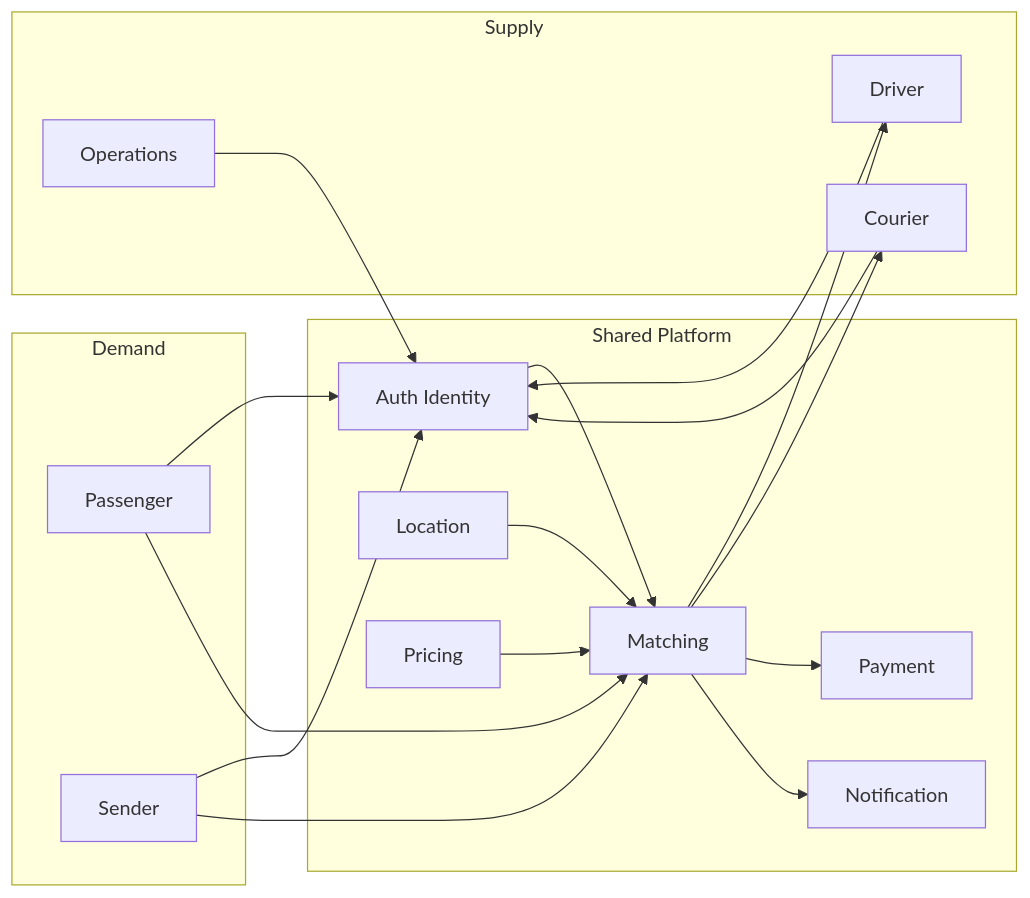
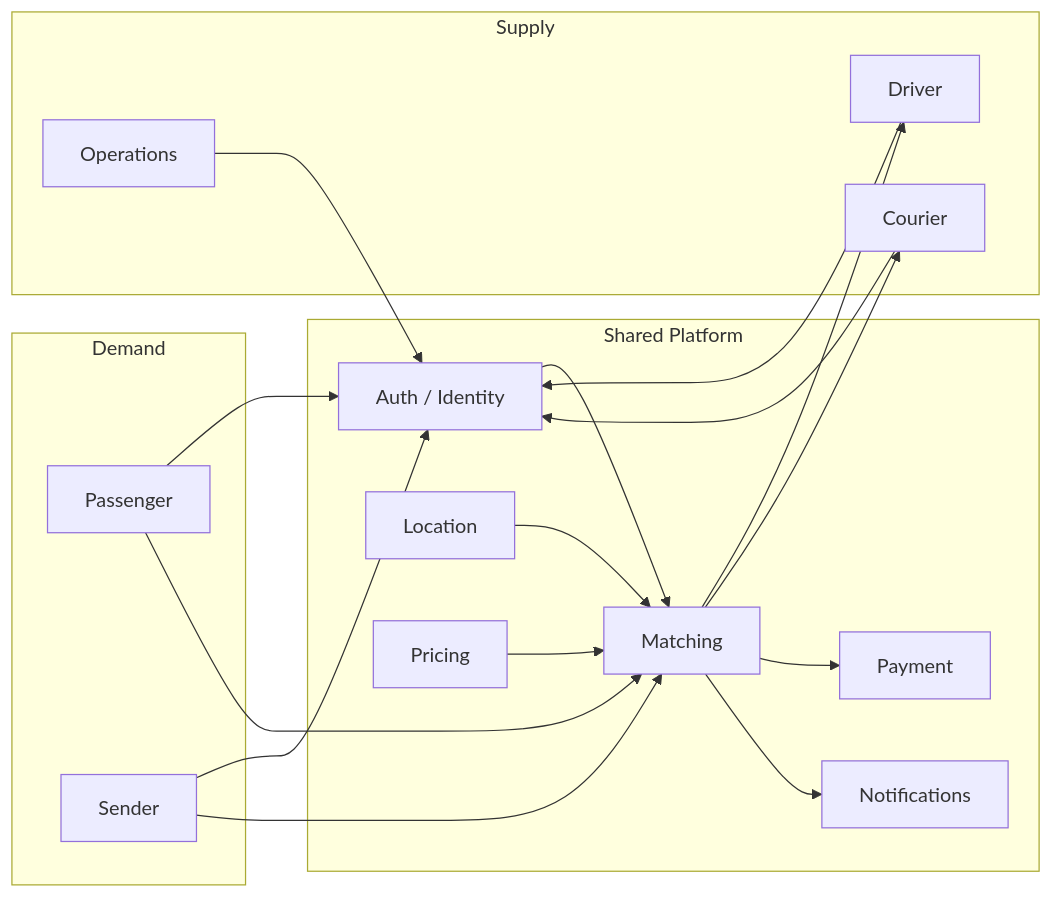
Before and after one commit to mostafiz57/Software-Architecture-Playbook: the first of 17 diagrams in case-studies/mobility-delivery-platform/README.md, drawn with Mermaid. The commit also changed other lines of this file, not shown here.

````diff
--- a/case-studies/mobility-delivery-platform/README.md
+++ b/case-studies/mobility-delivery-platform/README.md
@@ -49,37 +44,37 @@
 ```mermaid
 flowchart LR
   subgraph Demand
     Passenger["Passenger"]
     Sender["Sender"]
   end
 
   subgraph Platform["Shared Platform"]
-    Auth["Auth Identity"]
+    Auth["Auth / Identity"]
     Loc["Location"]
     Match["Matching"]
     Price["Pricing"]
     Pay["Payment"]
-    Notify["Notification"]
+    Notify["Notifications"]
   end
 
   subgraph Supply
     Driver["Driver"]
     Courier["Courier"]
     Ops["Operations"]
   end
 
   Passenger --> Auth
   Sender --> Auth
   Driver --> Auth
   Courier --> Auth
   Ops --> Auth
   Auth --> Match
   Passenger --> Match
   Sender --> Match
   Match --> Driver
   Match --> Courier
   Loc --> Match
   Price --> Match
   Match --> Pay
   Match --> Notify
 ```
````
